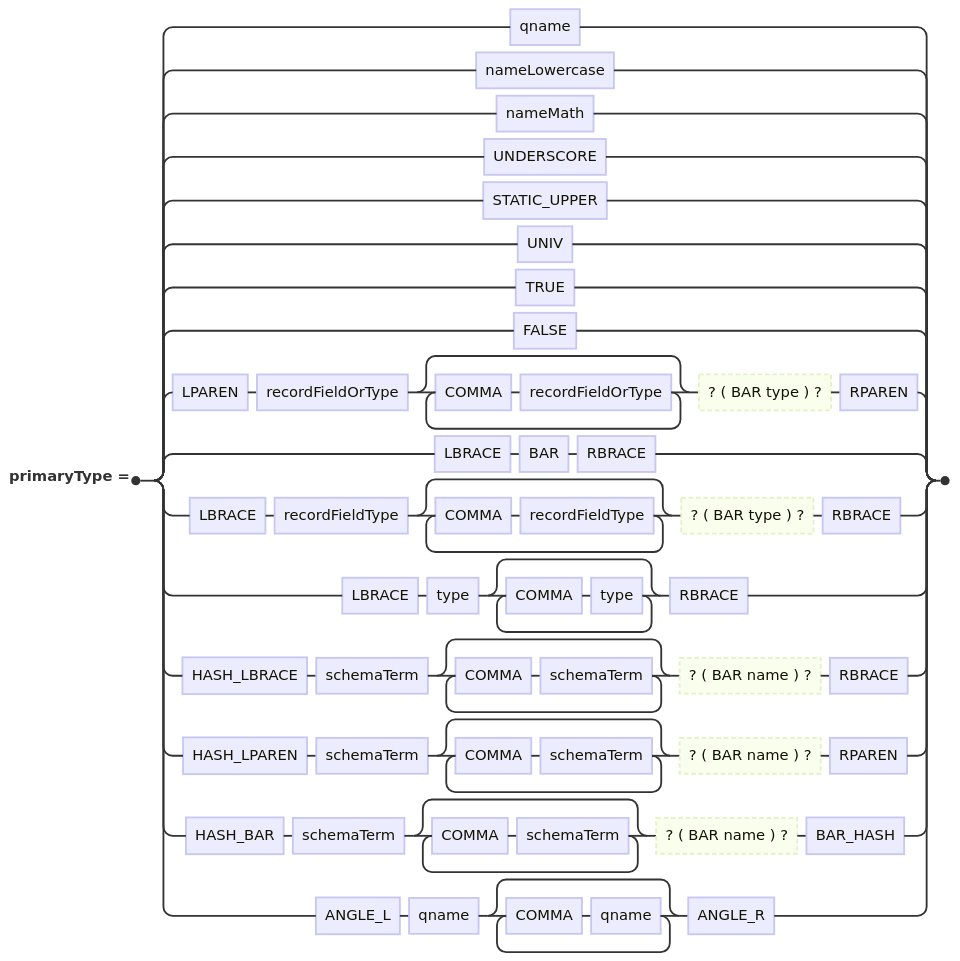
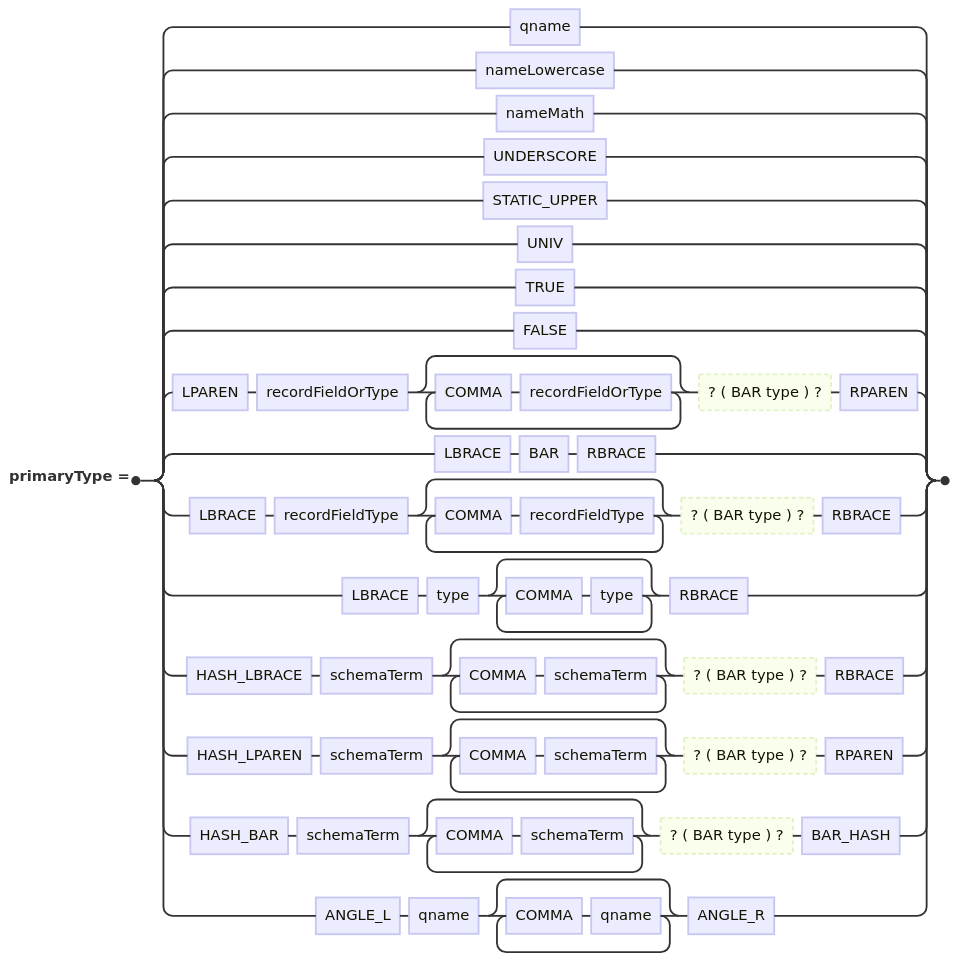
The eighth of 15 diagrams in docs/RAILROAD.md (wstein/flix-antlr-grammar), drawn with Mermaid before and after one commit. The commit also changed other lines of this file and 25 other files, not shown here.

````diff
--- a/docs/RAILROAD.md
+++ b/docs/RAILROAD.md
@@ -81,19 +80,19 @@
 ```mermaid
 railroad-ebnf-beta
 primaryType ::= qname
     | nameLowercase
     | nameMath
     | UNDERSCORE
     | STATIC_UPPER
     | UNIV
     | TRUE
     | FALSE
     | LPAREN ( recordFieldOrType ( COMMA recordFieldOrType )* )? ( BAR type )? RPAREN
     | LBRACE BAR RBRACE
     | LBRACE ( recordFieldType ( COMMA recordFieldType )* )? ( BAR type )? RBRACE
     | LBRACE type ( COMMA type )* RBRACE
-    | HASH_LBRACE ( schemaTerm ( COMMA schemaTerm )* )? ( BAR name )? RBRACE
-    | HASH_LPAREN ( schemaTerm ( COMMA schemaTerm )* )? ( BAR name )? RPAREN
-    | HASH_BAR ( schemaTerm ( COMMA schemaTerm )* )? ( BAR name )? BAR_HASH
+    | HASH_LBRACE ( schemaTerm ( COMMA schemaTerm )* )? ( BAR type )? RBRACE
+    | HASH_LPAREN ( schemaTerm ( COMMA schemaTerm )* )? ( BAR type )? RPAREN
+    | HASH_BAR ( schemaTerm ( COMMA schemaTerm )* )? ( BAR type )? BAR_HASH
     | ANGLE_L qname ( COMMA qname )* ANGLE_R ;
 ```
````
